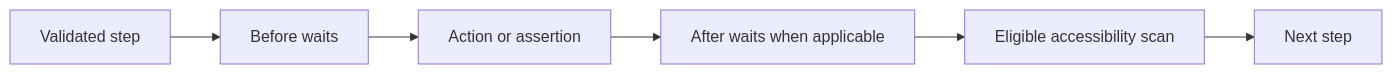
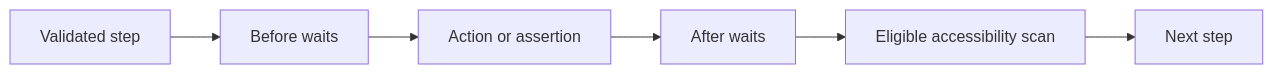
One commit to Scott-D-Hodgson/stagehand changed the diagram in Learning Plan/Packages/runner-core/Lessons/06-step-dispatch.md. Above: the diagram before and after it, drawn with Mermaid. The commit also changed other lines of this file and 29 other files, not shown here.

````diff
--- a/Learning Plan/Packages/runner-core/Lessons/06-step-dispatch.md
+++ b/Learning Plan/Packages/runner-core/Lessons/06-step-dispatch.md
@@ -10,8 +10,8 @@
 ```mermaid
 flowchart LR
     S[Validated step] --> B[Before waits]
     B --> A[Action or assertion]
-    A --> W[After waits when applicable]
+    A --> W[After waits]
     W --> X[Eligible accessibility scan]
     X --> N[Next step]
 ```
````
